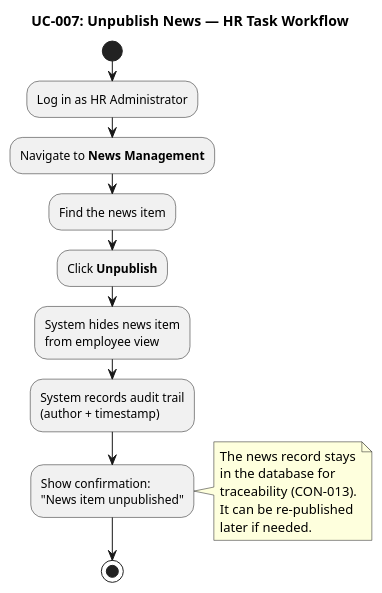
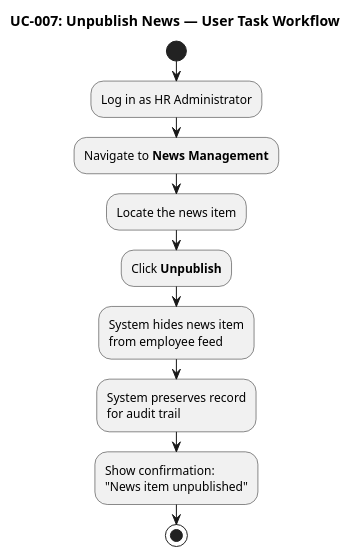
Before and after one commit to banense-test/portal-cuba-corp: the sixth of 11 diagrams in docs/artifacts/deployment/user-documentation.md, drawn with PlantUML. The commit also changed other lines of this file, not shown here.

First line of the commit message:
Technical Writer [C4]: upsert User Documentation

````diff
--- a/docs/artifacts/deployment/user-documentation.md
+++ b/docs/artifacts/deployment/user-documentation.md
@@ -311,28 +302,18 @@
 ```plantuml
 @startuml
-title UC-007: Unpublish News — HR Task Workflow
+title UC-007: Unpublish News — User Task Workflow
 
 skinparam activityStyle rounded
 
 start
 :Log in as HR Administrator;
 :Navigate to **News Management**;
-:Find the news item;
+:Locate the news item;
 :Click **Unpublish**;
-
-:System hides news item\nfrom employee view;
-:System records audit trail\n(author + timestamp);
+:System hides news item\nfrom employee feed;
+:System preserves record\nfor audit trail;
 :Show confirmation:\n"News item unpublished";
-
-note right
-  The news record stays
-  in the database for
-  traceability (CON-013).
-  It can be re-published
-  later if needed.
-end note
-
 stop
 
 @enduml
 ```
````
